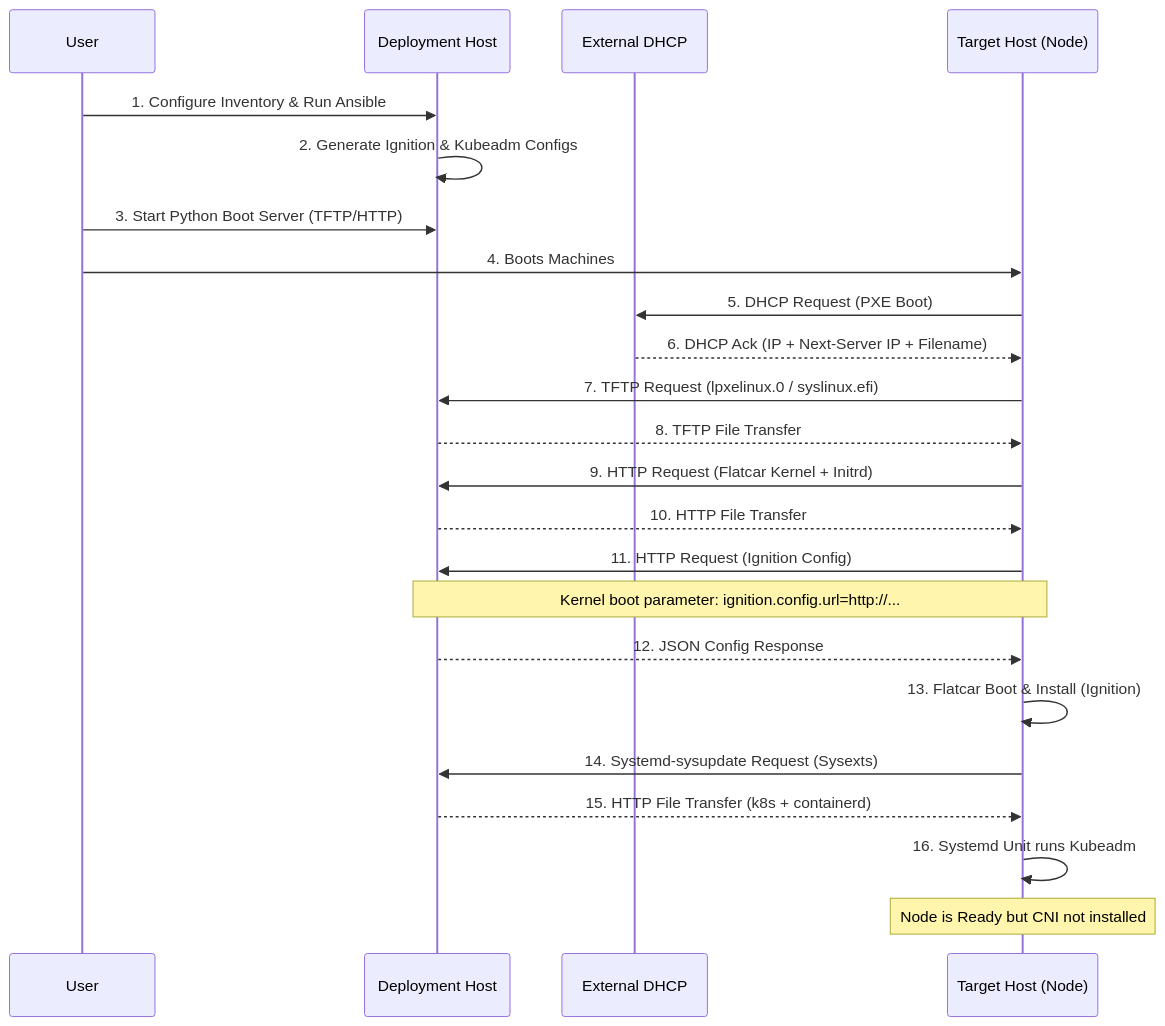
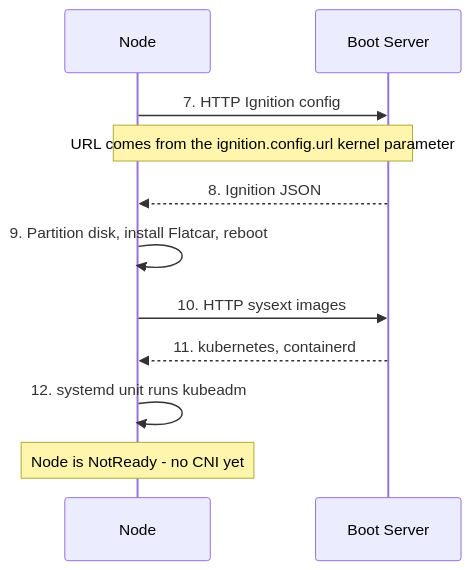
Before and after one commit to JanWelker/homelab: the second of 3 diagrams in docs/architecture/boot-process.md, drawn with Mermaid. The commit also changed other lines of this file and 16 other files, not shown here.

````diff
--- a/docs/architecture/boot-process.md
+++ b/docs/architecture/boot-process.md
@@ -12,33 +38,14 @@
 ```mermaid
 sequenceDiagram
-    participant Admin as User
-    participant Deploy as Deployment Host
-    participant DHCP as External DHCP
-    participant Target as Target Host (Node)
+    participant Node
+    participant Server as Boot Server
 
-    Admin->>Deploy: 1. Configure Inventory & Run Ansible
-    Deploy->>Deploy: 2. Generate Ignition & Kubeadm Configs
-    Admin->>Deploy: 3. Start Python Boot Server (TFTP/HTTP)
-    Admin->>Target: 4. Boots Machines
-    
-    Target->>DHCP: 5. DHCP Request (PXE Boot)
-    DHCP-->>Target: 6. DHCP Ack (IP + Next-Server IP + Filename)
-    
-    Target->>Deploy: 7. TFTP Request (lpxelinux.0 / syslinux.efi)
-    Deploy-->>Target: 8. TFTP File Transfer
-    
-    Target->>Deploy: 9. HTTP Request (Flatcar Kernel + Initrd)
-    Deploy-->>Target: 10. HTTP File Transfer
-    
-    Target->>Deploy: 11. HTTP Request (Ignition Config)
-    Note over Target,Deploy: Kernel boot parameter: ignition.config.url=http://...
-    Deploy-->>Target: 12. JSON Config Response
-    
-    Target->>Target: 13. Flatcar Boot & Install (Ignition)
-    
-    Target->>Deploy: 14. Systemd-sysupdate Request (Sysexts)
-    Deploy-->>Target: 15. HTTP File Transfer (k8s + containerd)
-    
-    Target->>Target: 16. Systemd Unit runs Kubeadm
-    Note over Target: Node is Ready but CNI not installed
+    Node->>Server: 7. HTTP Ignition config
+    Note over Node,Server: URL comes from the ignition.config.url kernel parameter
+    Server-->>Node: 8. Ignition JSON
+    Node->>Node: 9. Partition disk, install Flatcar, reboot
+    Node->>Server: 10. HTTP sysext images
+    Server-->>Node: 11. kubernetes, containerd
+    Node->>Node: 12. systemd unit runs kubeadm
+    Note over Node: Node is NotReady - no CNI yet
 ```
````
